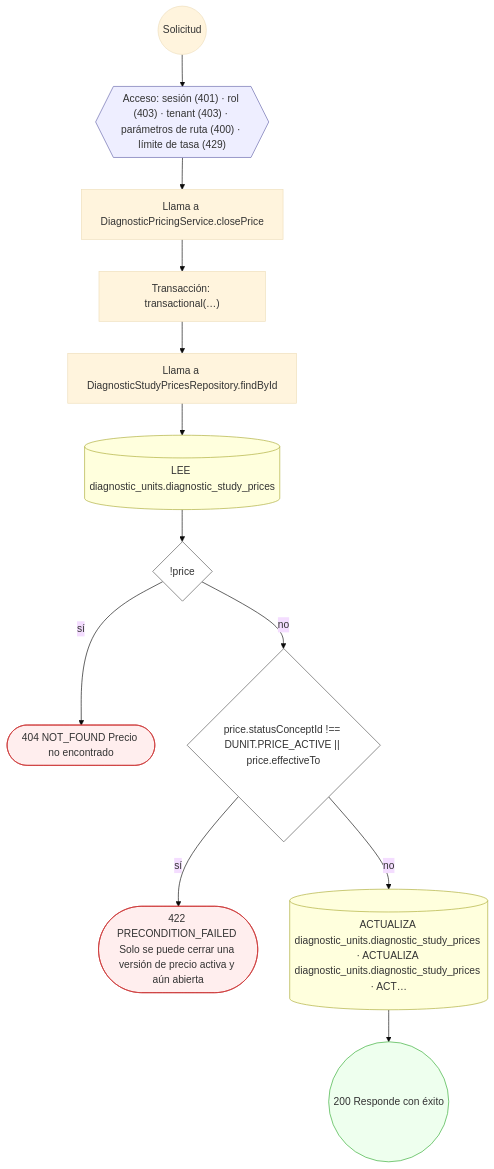
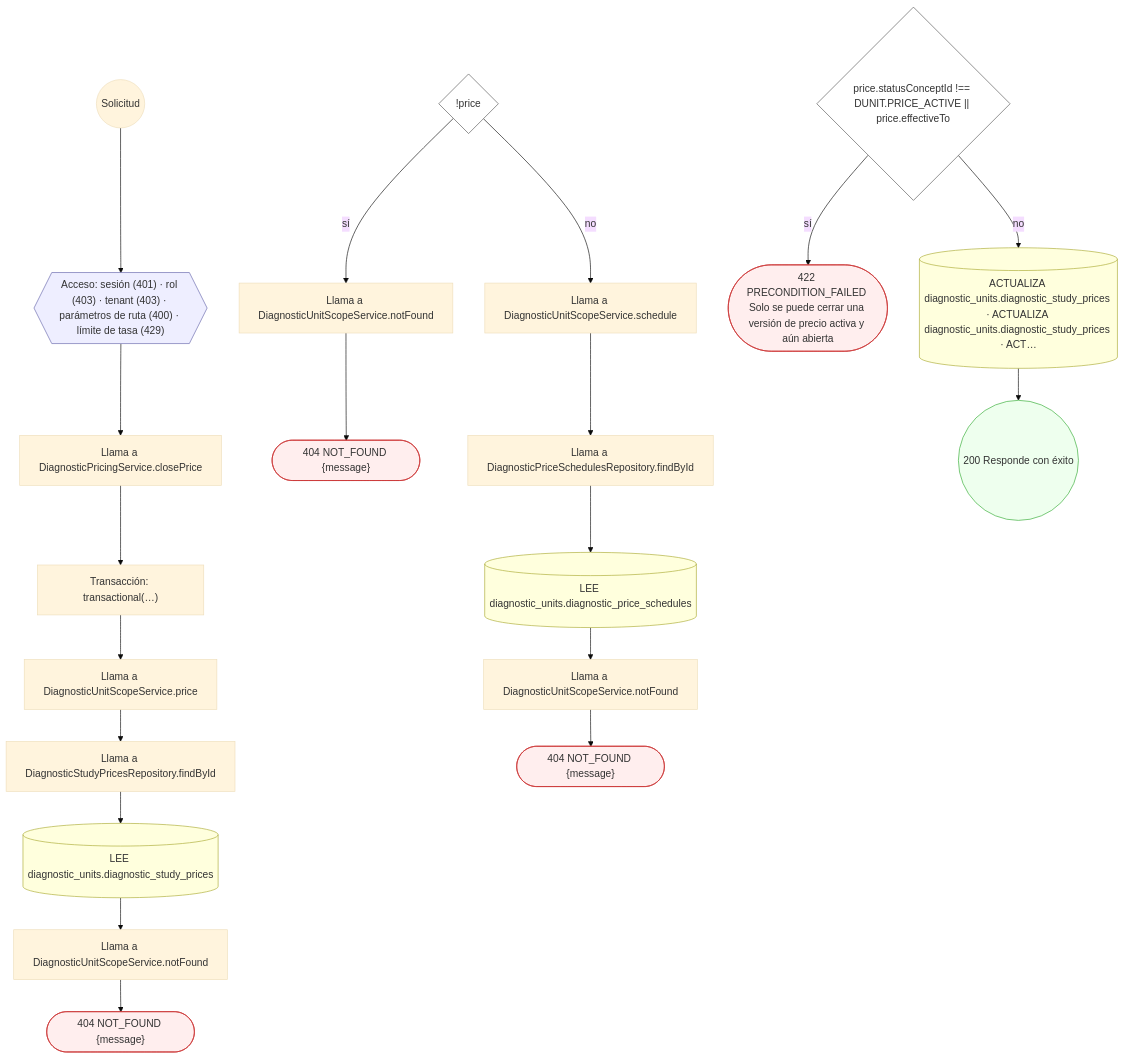
Before and after one commit to mdavila-2001/mantra-core-health-api: diagram 19 of 19 in docs/inventario/flujos/diagnostic_units.md, drawn with Mermaid (base theme). The commit also changed other lines of this file and 438 other files, not shown here.

````diff
--- a/docs/inventario/flujos/diagnostic_units.md
+++ b/docs/inventario/flujos/diagnostic_units.md
@@ -1445,32 +1540,48 @@
 ```mermaid
 flowchart TD
   n1(("Solicitud")):::inicio
   n2{{"Acceso: sesión (401) · rol (403) · tenant (403) · parámetros de ruta (400) · límite de tasa (429)"}}:::acceso
   n1 --> n2
   n3["Llama a DiagnosticPricingService.closePrice"]:::llamada
   n2 --> n3
   n4["Transacción: transactional(…)"]:::transaccion
   n3 --> n4
-  n5["Llama a DiagnosticStudyPricesRepository.findById"]:::llamada
+  n5["Llama a DiagnosticUnitScopeService.price"]:::llamada
   n4 --> n5
-  n6[("LEE diagnostic_units.diagnostic_study_prices")]:::efecto
+  n6["Llama a DiagnosticStudyPricesRepository.findById"]:::llamada
   n5 --> n6
-  n7{"!price"}:::decision
+  n7[("LEE diagnostic_units.diagnostic_study_prices")]:::efecto
   n6 --> n7
-  n8(["404 NOT_FOUND Precio no encontrado"]):::error
-  n7 -->|"sí"| n8
-  n9{"price.statusConceptId !== DUNIT.PRICE_ACTIVE || price.effectiveTo"}:::decision
-  n7 -->|"no"| n9
-  n10(["422 PRECONDITION_FAILED Solo se puede cerrar una versión de precio activa y aún abierta"]):::error
-  n9 -->|"sí"| n10
-  n11[("ACTUALIZA diagnostic_units.diagnostic_study_prices · ACTUALIZA diagnostic_units.diagnostic_study_prices · ACT…")]:::efecto
-  n9 -->|"no"| n11
-  n12(("200 Responde con éxito")):::ok
+  n8["Llama a DiagnosticUnitScopeService.notFound"]:::llamada
+  n7 --> n8
+  n9(["404 NOT_FOUND {message}"]):::error
+  n8 --> n9
+  n10{"!price"}:::decision
+  n11["Llama a DiagnosticUnitScopeService.notFound"]:::llamada
+  n10 -->|"sí"| n11
+  n12(["404 NOT_FOUND {message}"]):::error
   n11 --> n12
+  n13["Llama a DiagnosticUnitScopeService.schedule"]:::llamada
+  n10 -->|"no"| n13
+  n14["Llama a DiagnosticPriceSchedulesRepository.findById"]:::llamada
+  n13 --> n14
+  n15[("LEE diagnostic_units.diagnostic_price_schedules")]:::efecto
+  n14 --> n15
+  n16["Llama a DiagnosticUnitScopeService.notFound"]:::llamada
+  n15 --> n16
+  n17(["404 NOT_FOUND {message}"]):::error
+  n16 --> n17
+  n18{"price.statusConceptId !== DUNIT.PRICE_ACTIVE || price.effectiveTo"}:::decision
+  n19(["422 PRECONDITION_FAILED Solo se puede cerrar una versión de precio activa y aún abierta"]):::error
+  n18 -->|"sí"| n19
+  n20[("ACTUALIZA diagnostic_units.diagnostic_study_prices · ACTUALIZA diagnostic_units.diagnostic_study_prices · ACT…")]:::efecto
+  n18 -->|"no"| n20
+  n21(("200 Responde con éxito")):::ok
+  n20 --> n21
   classDef acceso fill:#eef,stroke:#66a
   classDef error fill:#fee,stroke:#c33
   classDef ok fill:#efe,stroke:#3a3
   classDef efecto fill:#ffd,stroke:#aa3
   classDef decision fill:#fff,stroke:#555
   classDef corte fill:#eee,stroke:#999,stroke-dasharray: 4
 ```
````
